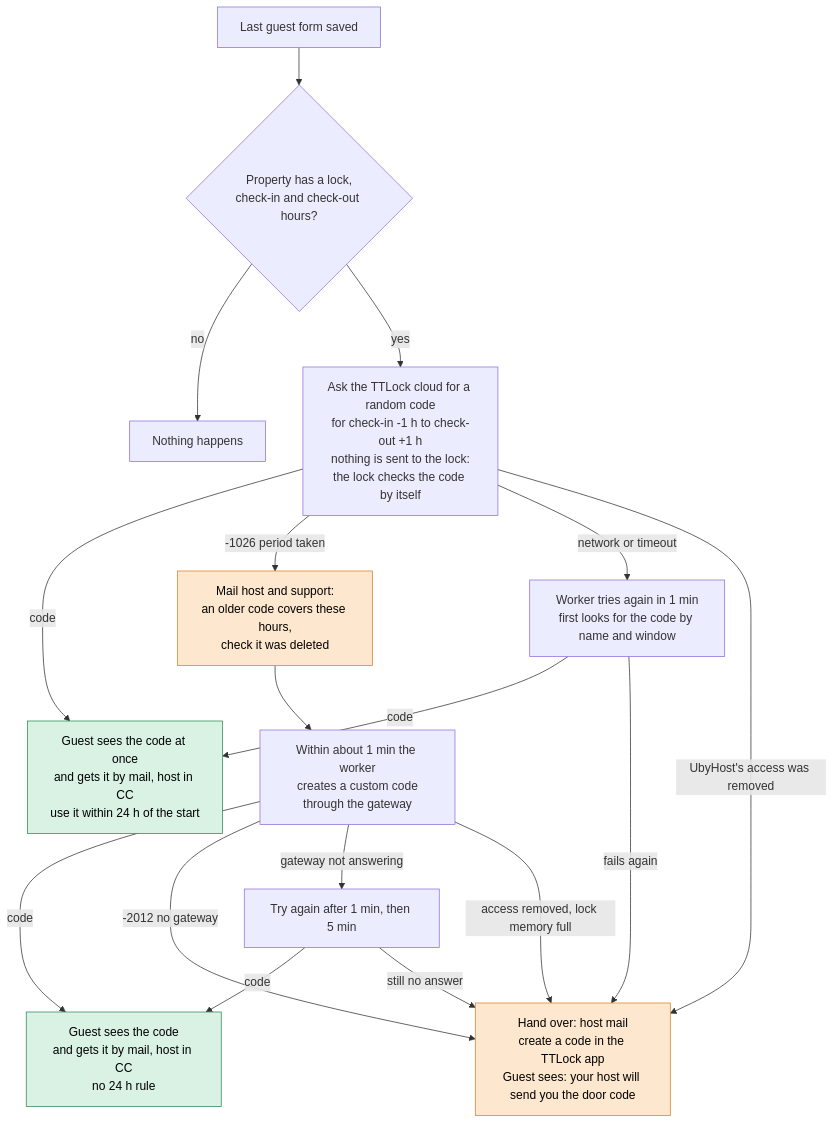
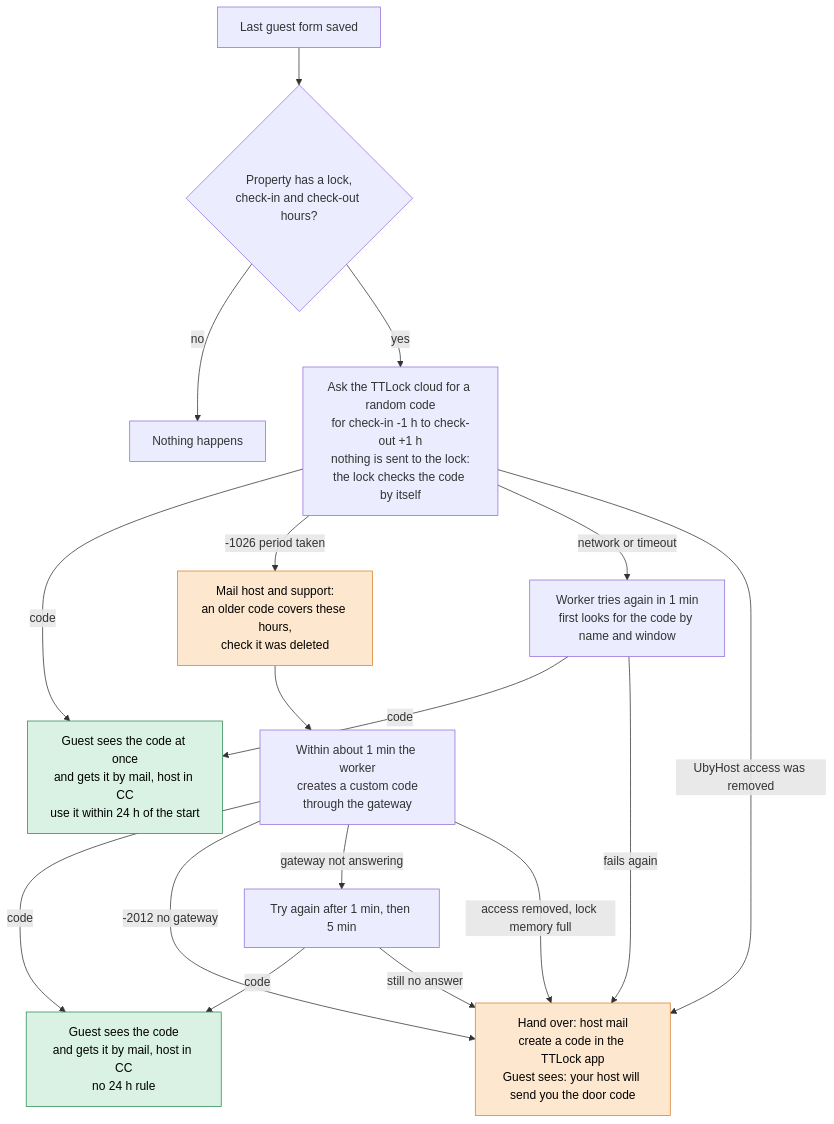
Before and after one commit to jsfpechar-ops/jsfpecharoperations: the first of 2 diagrams in docs/plans/door-code-flow.md, drawn with Mermaid.

Commit message:
Door code flow: quote an edge label
Claude-Session: https://claude.ai/code/session_01CnDxpps7hLzMctPy2CNUmN

````diff
--- a/docs/plans/door-code-flow.md
+++ b/docs/plans/door-code-flow.md
@@ -7,29 +7,29 @@
 ```mermaid
 flowchart TD
     A[Last guest form saved] --> B{Property has a lock,<br/>check-in and check-out hours?}
     B -- no --> Z[Nothing happens]
     B -- yes --> C[Ask the TTLock cloud for a random code<br/>for check-in -1 h to check-out +1 h<br/>nothing is sent to the lock:<br/>the lock checks the code by itself]
 
     C -- code --> OK1[Guest sees the code at once<br/>and gets it by mail, host in CC<br/>use it within 24 h of the start]
     C -- "-1026 period taken" --> W[Mail host and support:<br/>an older code covers these hours,<br/>check it was deleted]
     C -- network or timeout --> R[Worker tries again in 1 min<br/>first looks for the code by name and window]
-    C -- UbyHost's access was removed --> F
+    C -- "UbyHost access was removed" --> F
 
     R -- code --> OK1
     R -- fails again --> F
 
     W --> ADD[Within about 1 min the worker<br/>creates a custom code<br/>through the gateway]
     ADD -- code --> OK2[Guest sees the code<br/>and gets it by mail, host in CC<br/>no 24 h rule]
     ADD -- "-2012 no gateway" --> F
     ADD -- gateway not answering --> RB[Try again after 1 min, then 5 min]
     RB -- code --> OK2
     RB -- still no answer --> F
     ADD -- access removed, lock memory full --> F
 
     F[Hand over: host mail<br/>create a code in the TTLock app<br/>Guest sees: your host will send you the door code]
 
     classDef ok fill:#d9f2e3,stroke:#2e8b57,color:#000
     classDef host fill:#fde8cf,stroke:#d9822b,color:#000
     class OK1,OK2 ok
     class F,W host
 ```
````
